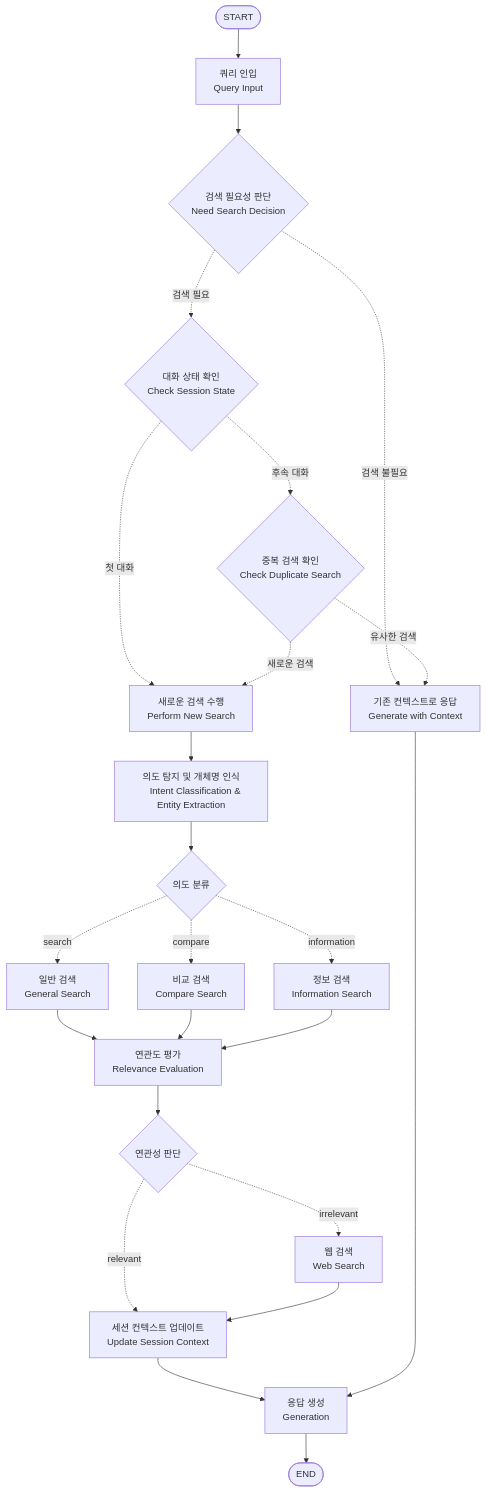
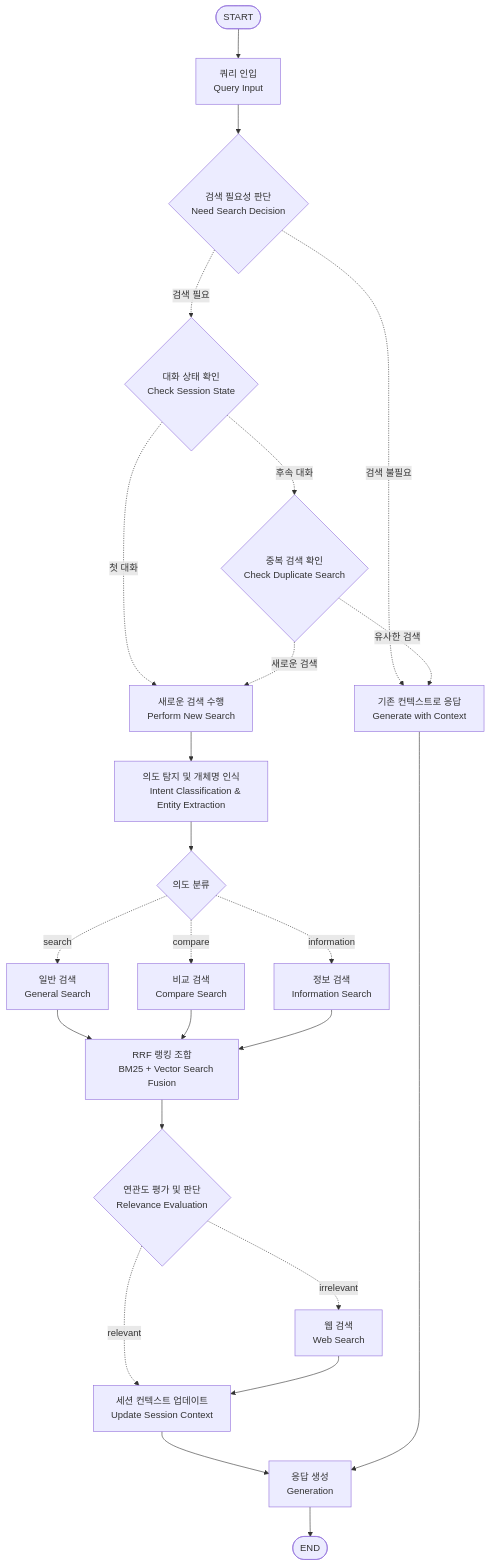
Before and after one commit to yainage90/restaurant-search-llm-agent: the diagram in README.md, drawn with Mermaid. The commit also changed other lines of this file, not shown here.

````diff
--- a/README.md
+++ b/README.md
@@ -80,40 +80,41 @@
 ```mermaid
 flowchart TD
     A([START]) --> B[쿼리 인입
     Query Input]
     B --> C{검색 필요성 판단
     Need Search Decision}
     C -.->|"검색 필요"| D{대화 상태 확인
     Check Session State}
     C -.->|"검색 불필요"| L[기존 컨텍스트로 응답
     Generate with Context]
     D -.->|"첫 대화"| E[새로운 검색 수행
     Perform New Search]
     D -.->|"후속 대화"| F{중복 검색 확인
     Check Duplicate Search}
     F -.->|"유사한 검색"| L
     F -.->|"새로운 검색"| E
     E --> G[의도 탐지 및 개체명 인식
     Intent Classification & Entity Extraction]
     G --> P{의도 분류}
     P -.->|"search"| H1[일반 검색
     General Search]
     P -.->|"compare"| H2[비교 검색
     Compare Search]
     P -.->|"information"| H3[정보 검색
     Information Search]
-    H1 --> I[연관도 평가
-    Relevance Evaluation]
-    H2 --> I
-    H3 --> I
-    I --> N{연관성 판단}
-    N -.->|"relevant"| J[세션 컨텍스트 업데이트
+    H1 --> RRF[RRF 랭킹 조합
+    BM25 + Vector Search Fusion]
+    H2 --> RRF
+    H3 --> RRF
+    RRF --> I{연관도 평가 및 판단
+    Relevance Evaluation}
+    I -.->|"relevant"| J[세션 컨텍스트 업데이트
     Update Session Context]
-    N -.->|"irrelevant"| O[웹 검색
+    I -.->|"irrelevant"| O[웹 검색
     Web Search]
     O --> J
     J --> K[응답 생성
     Generation]
     L --> K
     K --> M([END])
 ```
````
